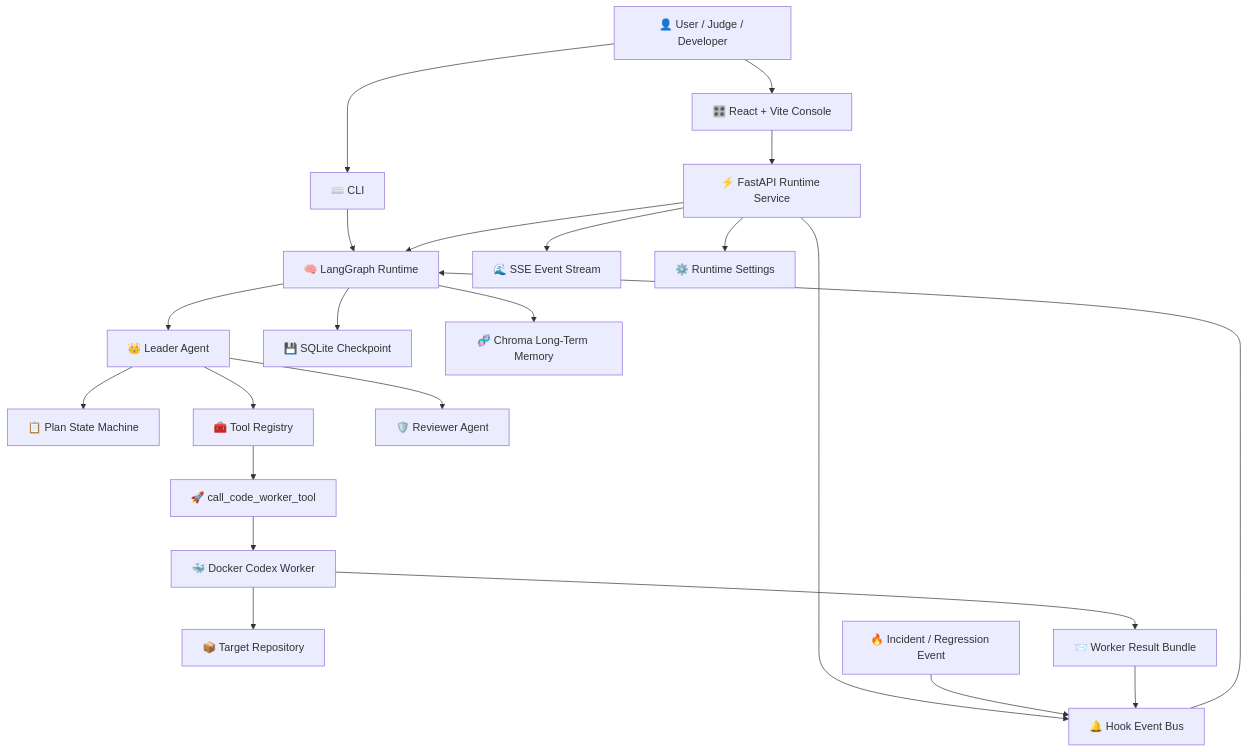
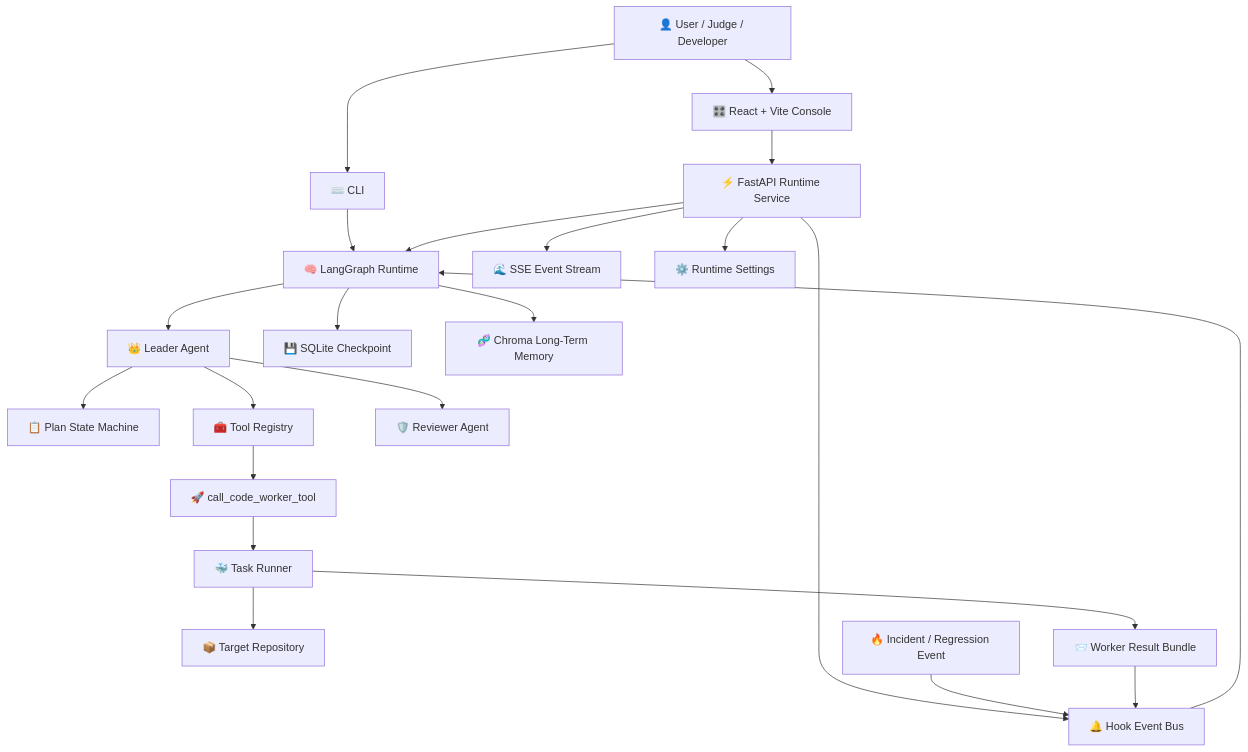
One commit to KKK985429/code-terminator-open changed the first of 3 diagrams in README.md. Above: the diagram before and after it, drawn with Mermaid. The commit also changed other lines of this file and 4 other files, not shown here.

````diff
--- a/README.md
+++ b/README.md
@@ -105,31 +101,31 @@
 ```mermaid
 flowchart TB
     USER["👤 User / Judge / Developer"] --> WEB["🎛️ React + Vite Console"]
     USER --> CLI["⌨️ CLI"]
 
     WEB --> API["⚡ FastAPI Runtime Service"]
     CLI --> GRAPH["🧠 LangGraph Runtime"]
     API --> GRAPH
 
     GRAPH --> LEADER["👑 Leader Agent"]
     LEADER --> PLAN["📋 Plan State Machine"]
     LEADER --> TOOLS["🧰 Tool Registry"]
     LEADER --> REVIEWER["🛡️ Reviewer Agent"]
 
     TOOLS --> WORKER_TOOL["🚀 call_code_worker_tool"]
-    WORKER_TOOL --> DOCKER["🐳 Docker Codex Worker"]
+    WORKER_TOOL --> DOCKER["🐳 Task Runner"]
     DOCKER --> REPO["📦 Target Repository"]
 
     API --> SSE["🌊 SSE Event Stream"]
     API --> SETTINGS["⚙️ Runtime Settings"]
     API --> HOOK["🔔 Hook Event Bus"]
 
     GRAPH --> CHECKPOINT["💾 SQLite Checkpoint"]
     GRAPH --> MEMORY["🧬 Chroma Long-Term Memory"]
 
     INCIDENT["🔥 Incident / Regression Event"] --> HOOK
     HOOK --> GRAPH
 
     DOCKER --> RESULT["📨 Worker Result Bundle"]
     RESULT --> HOOK
 ```
````
